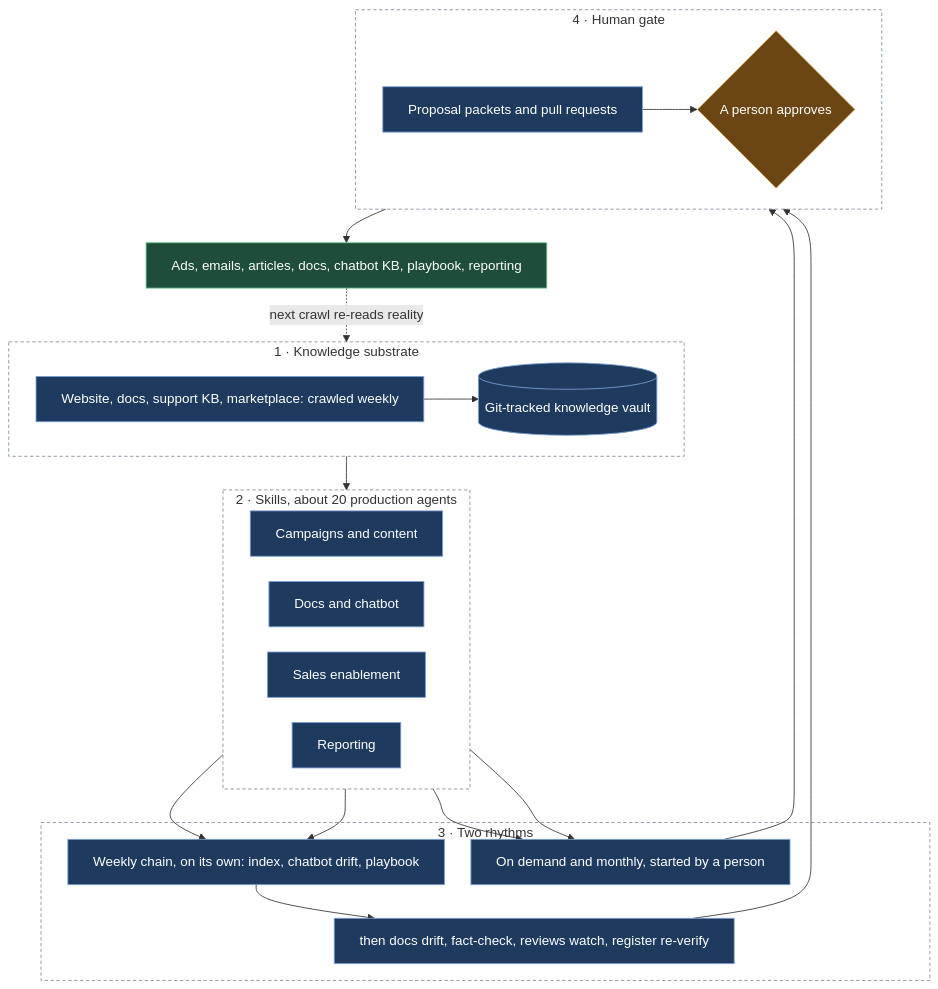
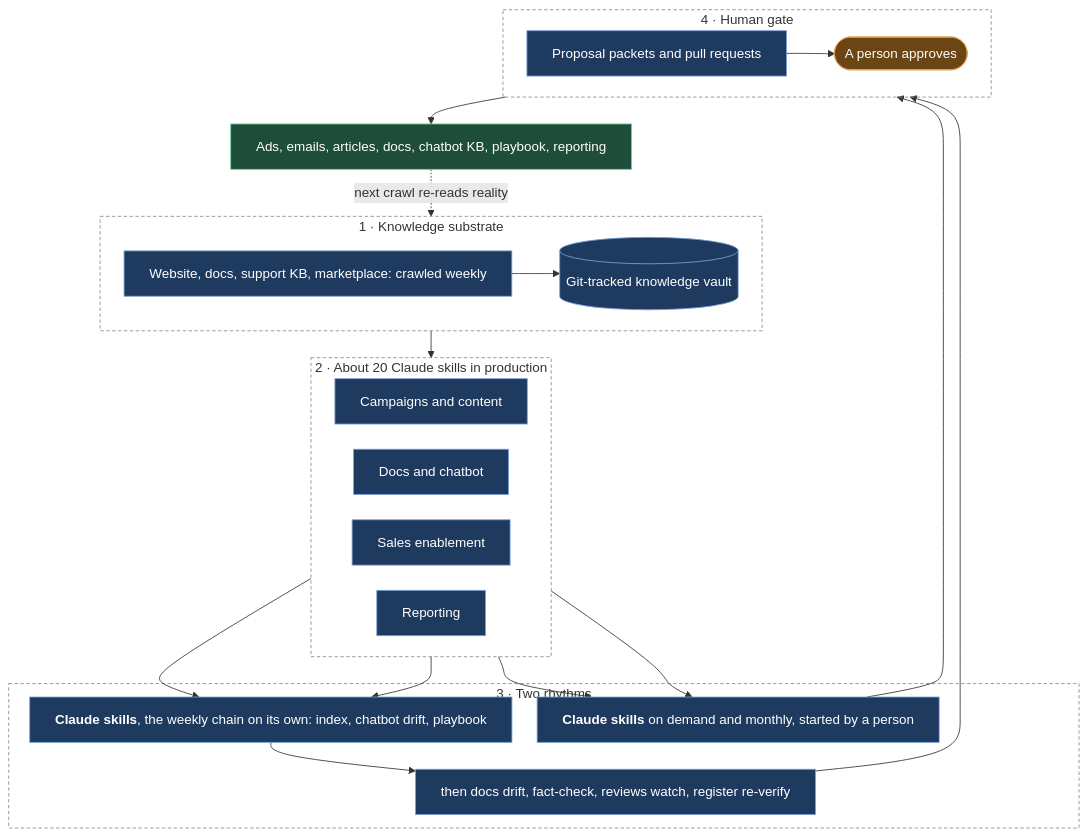
Before and after one commit to nunomnferreirapt/ai-operated-growth-engine: the diagram in evidence/case-studies/how-it-was-run-the-ai-operating-system.md, drawn with Mermaid. The commit also changed 4 other files, not shown here.

First line of the commit message:
Diagrams to template v2: no diamonds, rounded boxes for a person, Claude skills named in bold, tighter spacing

````diff
--- a/evidence/case-studies/how-it-was-run-the-ai-operating-system.md
+++ b/evidence/case-studies/how-it-was-run-the-ai-operating-system.md
@@ -24,39 +24,39 @@
 ```mermaid
-%%{init: {"flowchart": {"wrappingWidth": 600, "nodeSpacing": 30, "rankSpacing": 40}}}%%
+%%{init: {"flowchart": {"wrappingWidth": 600, "nodeSpacing": 30, "rankSpacing": 32}}}%%
 flowchart TB
     subgraph L1["1 · Knowledge substrate"]
         direction LR
         S["Website, docs, support KB, marketplace: crawled weekly"]:::sys --> V[("Git-tracked knowledge vault")]:::sys
     end
-    subgraph L2["2 · Skills, about 20 production agents"]
+    subgraph L2["2 · About 20 Claude skills in production"]
         direction LR
         A["Campaigns and content"]:::sys
         D["Docs and chatbot"]:::sys
         E["Sales enablement"]:::sys
         R["Reporting"]:::sys
     end
     L1 --> L2
     subgraph L3["3 · Two rhythms"]
-        CHa["Weekly chain, on its own: index, chatbot drift, playbook"]:::sys --> CHb["then docs drift, fact-check, reviews watch, register re-verify"]:::sys
-        OD["On demand and monthly, started by a person"]:::sys
+        CHa["`**Claude skills**, the weekly chain on its own: index, chatbot drift, playbook`"]:::sys --> CHb["then docs drift, fact-check, reviews watch, register re-verify"]:::sys
+        OD["`**Claude skills** on demand and monthly, started by a person`"]:::sys
     end
     D --> CHa
     E --> CHa
     A --> OD
     R --> OD
     subgraph L4["4 · Human gate"]
         direction LR
-        P["Proposal packets and pull requests"]:::sys --> H{"A person approves"}:::human
+        P["Proposal packets and pull requests"]:::sys --> H(["A person approves"]):::human
     end
     CHb --> P
     OD --> P
     H --> OUT["Ads, emails, articles, docs, chatbot KB, playbook, reporting"]:::out
     OUT -.->|next crawl re-reads reality| S
     classDef sys fill:#1f3a5f,stroke:#7aa2d8,color:#ffffff
     classDef human fill:#6b4514,stroke:#e0a95a,color:#ffffff
     classDef out fill:#1e4d3a,stroke:#6fcf97,color:#ffffff
     style L1 fill:transparent,stroke:#7f8c9a,stroke-dasharray:4 3
     style L2 fill:transparent,stroke:#7f8c9a,stroke-dasharray:4 3
     style L3 fill:transparent,stroke:#7f8c9a,stroke-dasharray:4 3
     style L4 fill:transparent,stroke:#7f8c9a,stroke-dasharray:4 3
 ```
````
